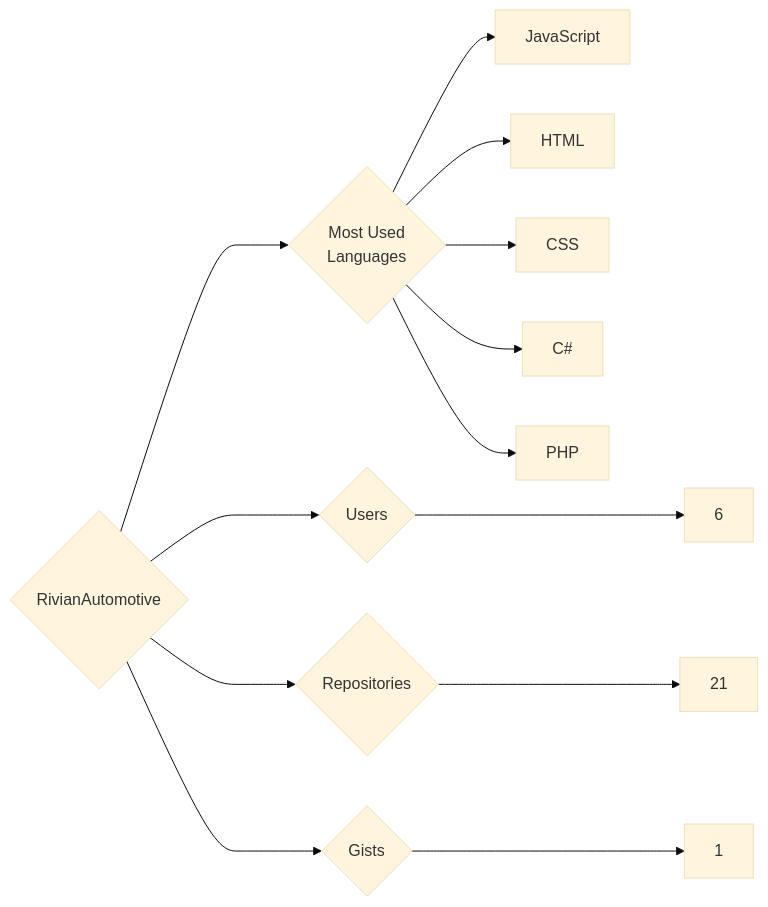
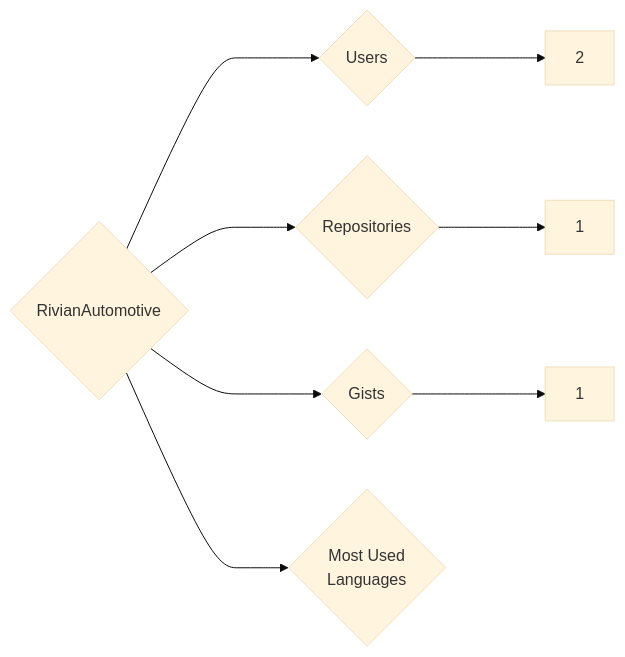
The diagram in targets/RivianAutomotive/README.md (trickest/insiders), drawn with Mermaid (base theme) before and after one commit. The commit also changed 1248 other files, not shown here.

````diff
--- a/targets/RivianAutomotive/README.md
+++ b/targets/RivianAutomotive/README.md
@@ -3,13 +3,8 @@
 ```mermaid
 graph LR
 COMPANY_NAME{RivianAutomotive}
-COMPANY_NAME ---> U{Users} ---> UN[6]
-COMPANY_NAME ---> R{Repositories} ---> RN[21]
+COMPANY_NAME ---> U{Users} ---> UN[2]
+COMPANY_NAME ---> R{Repositories} ---> RN[1]
 COMPANY_NAME ---> G{Gists} ---> GN[1]
 COMPANY_NAME ---> ML{Most Used<br>Languages}
-ML --> JavaScript[JavaScript]
-ML --> HTML[HTML]
-ML --> CSS[CSS]
-ML --> C#[C#]
-ML --> PHP[PHP]
 ```
````
